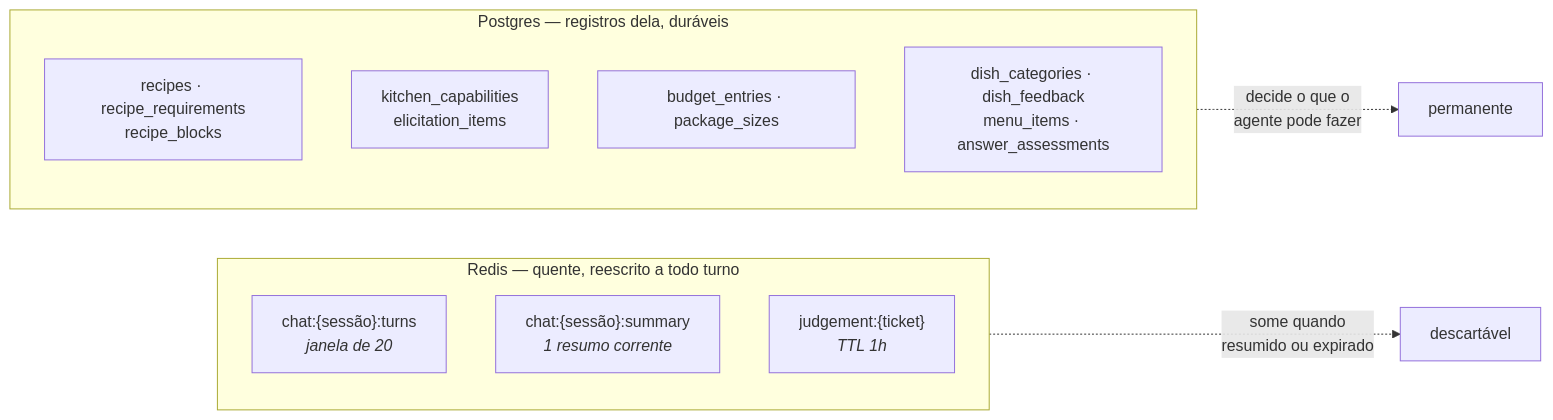
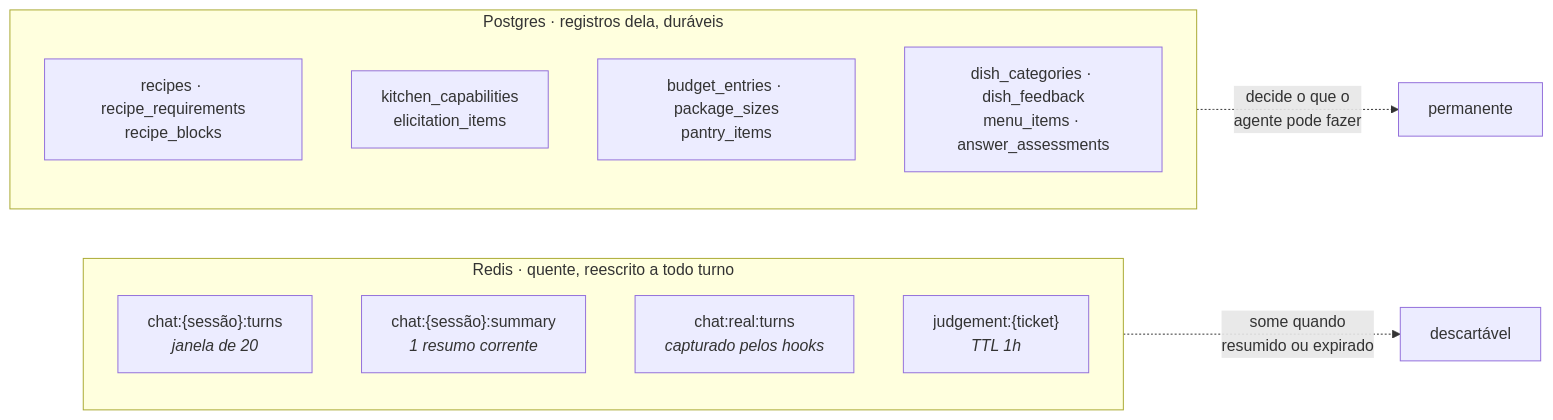
One commit to lrdsouza/jacquinho changed the first of 5 diagrams in docs/modelo-de-dados.md. Above: the diagram before and after it, drawn with Mermaid. The commit also changed other lines of this file and 10 other files, not shown here.

````diff
--- a/docs/modelo-de-dados.md
+++ b/docs/modelo-de-dados.md
@@ -6,16 +6,17 @@
 ```mermaid
 flowchart LR
-    subgraph R["Redis — quente, reescrito a todo turno"]
+    subgraph R["Redis · quente, reescrito a todo turno"]
         r1["chat:{sessão}:turns<br/><i>janela de 20</i>"]
         r2["chat:{sessão}:summary<br/><i>1 resumo corrente</i>"]
+        r4["chat:real:turns<br/><i>capturado pelos hooks</i>"]
         r3["judgement:{ticket}<br/><i>TTL 1h</i>"]
     end
-    subgraph P["Postgres — registros dela, duráveis"]
+    subgraph P["Postgres · registros dela, duráveis"]
         p1["recipes · recipe_requirements<br/>recipe_blocks"]
         p2["kitchen_capabilities<br/>elicitation_items"]
-        p3["budget_entries · package_sizes"]
+        p3["budget_entries · package_sizes<br/>pantry_items"]
         p4["dish_categories · dish_feedback<br/>menu_items · answer_assessments"]
     end
     R -.->|"some quando<br/>resumido ou expirado"| X["descartável"]
     P -.->|"decide o que o<br/>agente pode fazer"| Y["permanente"]
 ```
````
